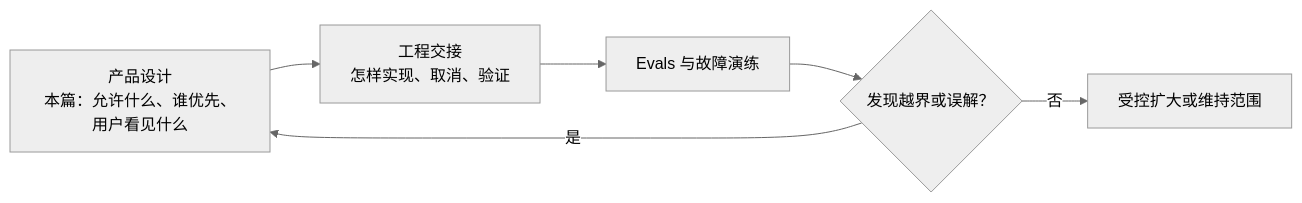
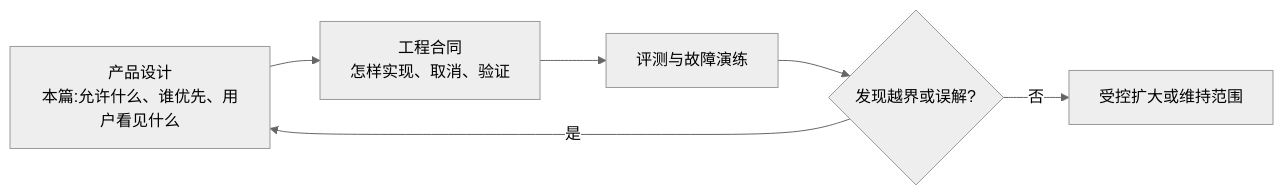
One commit to weiz98417-crypto/qiuqiu changed the eighth of 8 diagrams in docs/球球全套资料/4.产品设计/33A-数字球友Agent运行时与决策编排设计.md. Above: the diagram before and after it, drawn with Mermaid (neutral theme). The commit also changed other lines of this file and 49 other files, not shown here.

```diff
--- a/docs/球球全套资料/4.产品设计/33A-数字球友Agent运行时与决策编排设计.md
+++ b/docs/球球全套资料/4.产品设计/33A-数字球友Agent运行时与决策编排设计.md
@@ -634,8 +715,8 @@
 ~~~mermaid
 flowchart LR
-    P["产品设计<br/>本篇：允许什么、谁优先、用户看见什么"] --> C["工程交接<br/>怎样实现、取消、验证"]
-    C --> E["Evals 与故障演练"]
-    E --> R{"发现越界或误解？"}
+    P["产品设计<br/>本篇:允许什么、谁优先、用户看见什么"] --> C["工程合同<br/>怎样实现、取消、验证"]
+    C --> E["评测与故障演练"]
+    E --> R{"发现越界或误解?"}
     R -->|"是"| P
     R -->|"否"| G["受控扩大或维持范围"]
 ~~~
```
